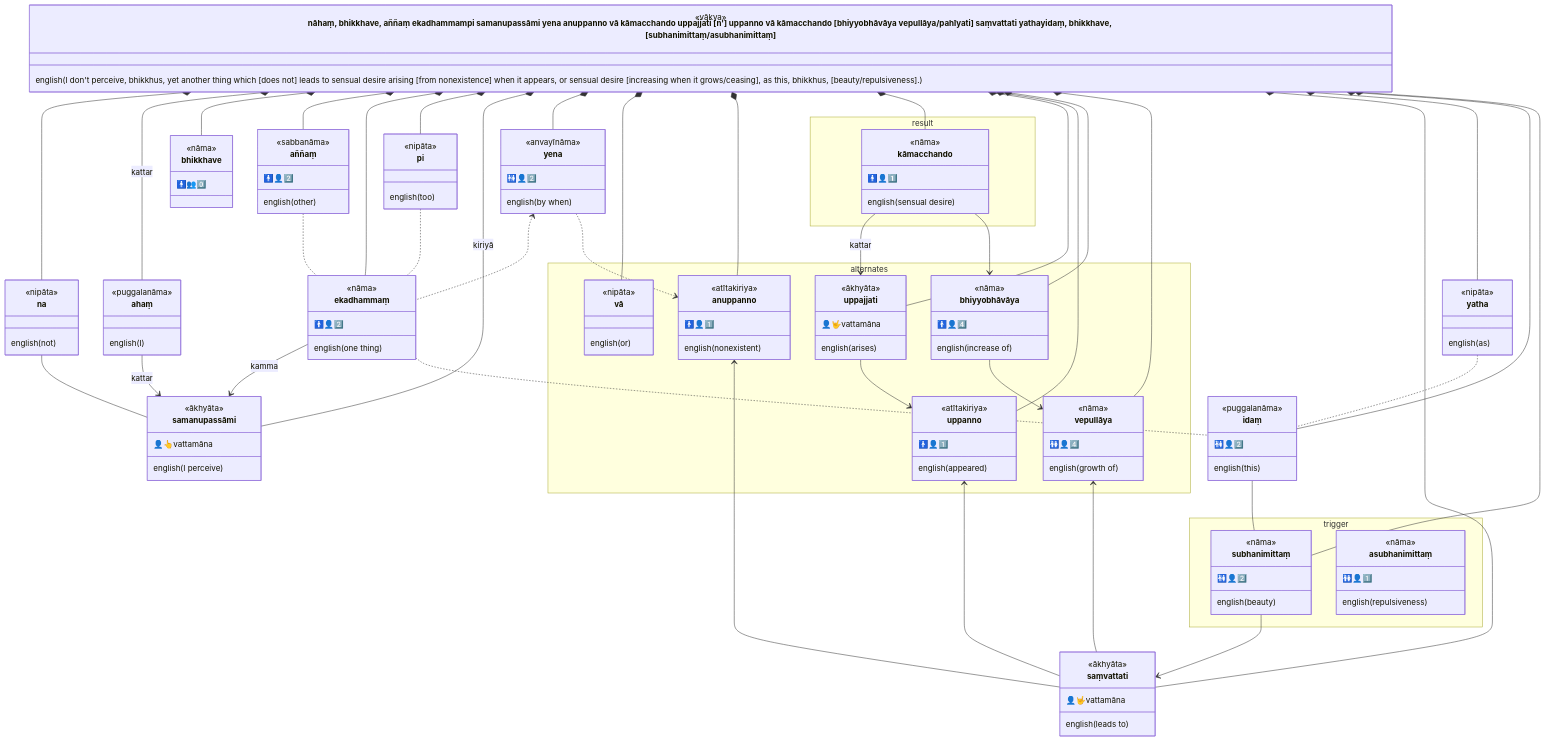
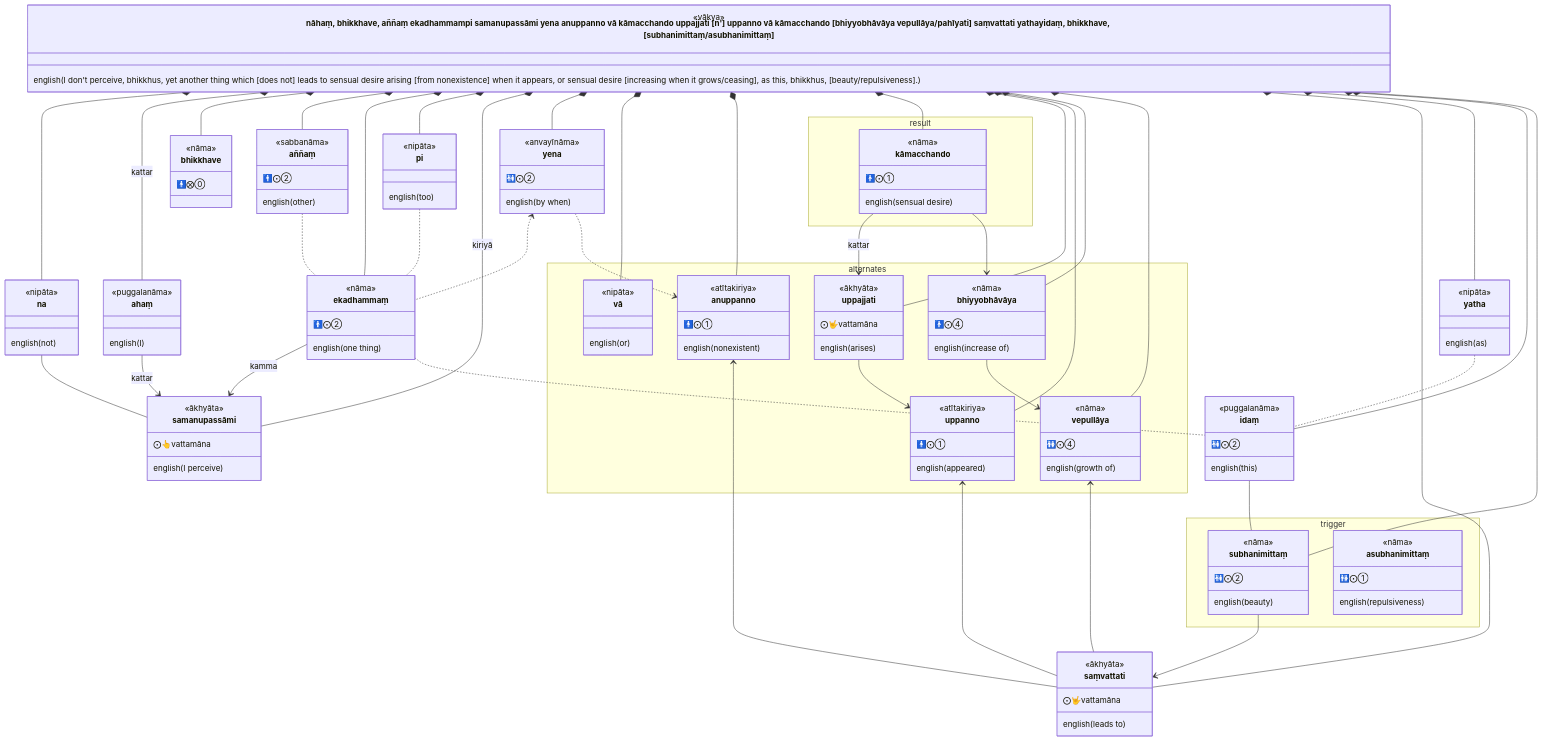
One commit to ChristineTham/buddhavacana changed the first of 3 diagrams in content/en/docs/Sutta/aṅguttaranikāyo/ekakanipātapāḷi/nīvaraṇappahānavaggo.md. Above: the diagram before and after it, drawn with Mermaid. The commit also changed other lines of this file and 71 other files, not shown here.

```diff
--- a/content/en/docs/Sutta/aṅguttaranikāyo/ekakanipātapāḷi/nīvaraṇappahānavaggo.md
+++ b/content/en/docs/Sutta/aṅguttaranikāyo/ekakanipātapāḷi/nīvaraṇappahānavaggo.md
@@ -37,16 +37,16 @@
   }
   class bhikkhave {
     <<nāma>>
-    🚹👥0️⃣
+    🚹⨂⓪
   }
   class aññaṃ {
     <<sabbanāma>>
-    🚹👤2️⃣
+    🚹⨀②
     english(other)
   }
   class ekadhammaṃ {
     <<nāma>>
-    🚹👤2️⃣
+    🚹⨀②
     english(one thing)
   }
   class pi {
@@ -55,18 +55,18 @@
   }
   class samanupassāmi {
     <<ākhyāta>>
-    👤👆vattamāna
+    ⨀👆vattamāna
     english(I perceive)
   }
   class yena {
     <<anvayīnāma>>
-    🚻👤2️⃣
+    🚻⨀②
     english(by when)
   }
   namespace result {
     class kāmacchando {
       <<nāma>>
-      🚹👤1️⃣
+      🚹⨀①
       english(sensual desire)
     }
   }
@@ -77,33 +77,33 @@
     }
     class anuppanno {
       <<atītakiriya>>
-      🚹👤1️⃣
+      🚹⨀①
       english(nonexistent)
     }
     class uppajjati {
       <<ākhyāta>>
-      👤🤟vattamāna
+      ⨀🤟vattamāna
       english(arises)
     }
     class uppanno {
       <<atītakiriya>>
-      🚹👤1️⃣
+      🚹⨀①
       english(appeared)
     }
     class bhiyyobhāvāya {
       <<nāma>>
-      🚹👤4️⃣
+      🚹⨀④
       english(increase of)
     }
     class vepullāya {
       <<nāma>>
-      🚻👤4️⃣
+      🚻⨀④
       english(growth of)
     }
   }
   class saṃvattati {
     <<ākhyāta>>
-    👤🤟vattamāna
+    ⨀🤟vattamāna
     english(leads to)
   }
   class yatha {
@@ -112,18 +112,18 @@
   }
   class idaṃ {
     <<puggalanāma>>
-    🚻👤2️⃣
+    🚻⨀②
     english(this)
   }
   namespace trigger {
     class subhanimittaṃ {
       <<nāma>>
-      🚻👤2️⃣
+      🚻⨀②
       english(beauty)
     }
     class asubhanimittaṃ {
       <<nāma>>
-      🚻👤1️⃣
+      🚻⨀①
       english(repulsiveness)
     }
   }
```
